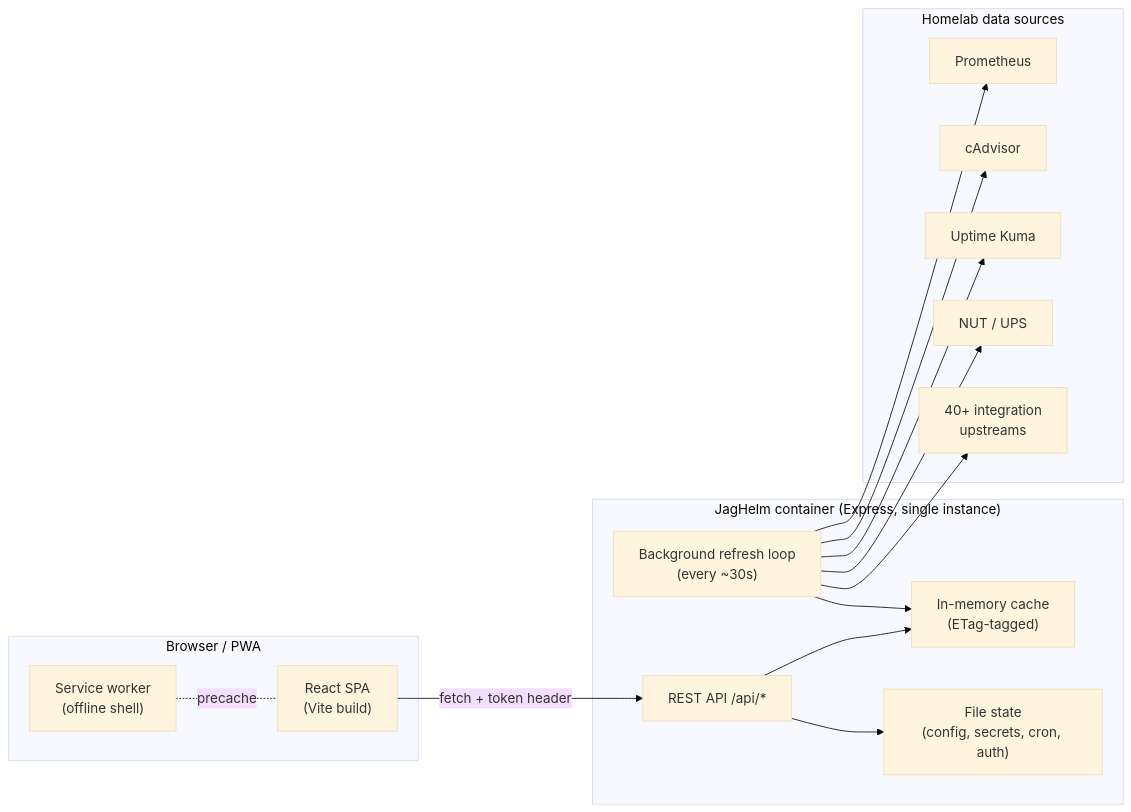
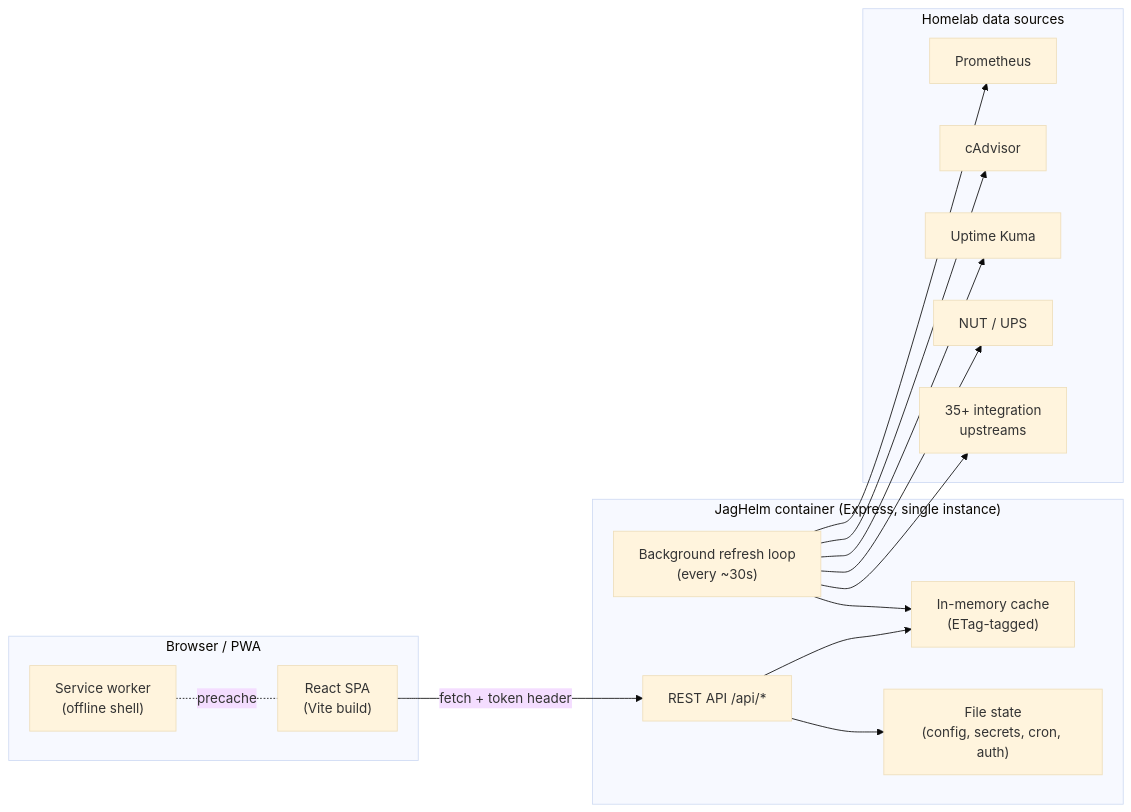
One commit to jagbhandal/jaghelm changed the first of 5 diagrams in docs/ARCHITECTURE.md. Above: the diagram before and after it, drawn with Mermaid (base theme). The commit also changed other lines of this file and 7 other files, not shown here.

````diff
--- a/docs/ARCHITECTURE.md
+++ b/docs/ARCHITECTURE.md
@@ -32,33 +32,33 @@
 ```mermaid
 flowchart LR
   subgraph Client["Browser / PWA"]
     UI["React SPA<br/>(Vite build)"]
     SW["Service worker<br/>(offline shell)"]
   end
 
   subgraph Server["JagHelm container (Express, single instance)"]
     API["REST API /api/*"]
     REFRESH["Background refresh loop<br/>(every ~30s)"]
     CACHE["In-memory cache<br/>(ETag-tagged)"]
     STORE["File state<br/>(config, secrets, cron, auth)"]
   end
 
   subgraph Upstreams["Homelab data sources"]
     PROM["Prometheus"]
     CADV["cAdvisor"]
     KUMA["Uptime Kuma"]
     NUT["NUT / UPS"]
-    INT["40+ integration<br/>upstreams"]
+    INT["35+ integration<br/>upstreams"]
   end
 
   UI -->|"fetch + token header"| API
   SW -. precache .- UI
   API --> CACHE
   REFRESH --> CACHE
   REFRESH --> PROM
   REFRESH --> CADV
   REFRESH --> KUMA
   REFRESH --> NUT
   REFRESH --> INT
   API --> STORE
 ```
````
